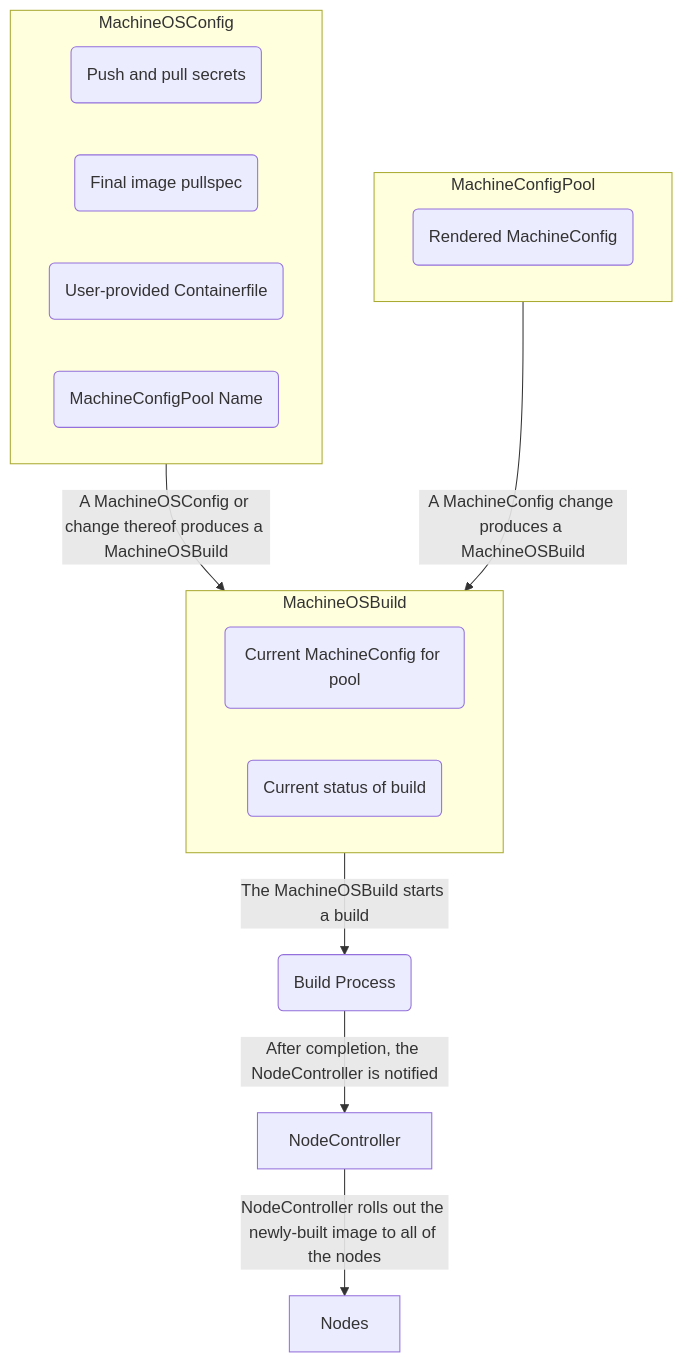
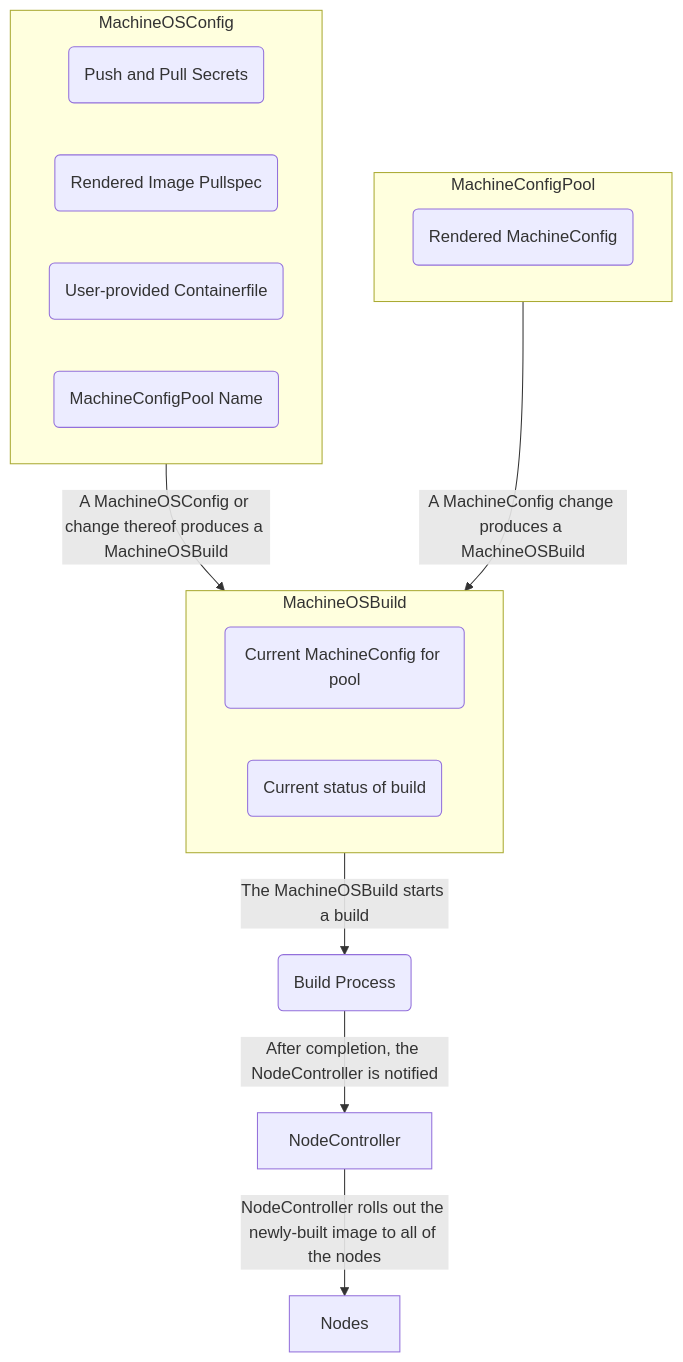
One commit to openshift/enhancements changed the first of 5 diagrams in enhancements/machine-config/on-cluster-layering.md. Above: the diagram before and after it, drawn with Mermaid. The commit also changed other lines of this file, not shown here.

````diff
--- a/enhancements/machine-config/on-cluster-layering.md
+++ b/enhancements/machine-config/on-cluster-layering.md
@@ -220,25 +225,25 @@
 ```mermaid
 flowchart TB
     subgraph MachineOSConfig [MachineOSConfig]
-        Secrets("Push and pull secrets")
-        FinalImagePullspec("Final image pullspec")
+        Secrets("Push and Pull Secrets")
+        RenderedImagePushSpec("Rendered Image Pullspec")
         Containerfile("User-provided Containerfile")
         MCPName("MachineConfigPool Name")
     end
     
     subgraph MachineConfigPool [MachineConfigPool]
         RenderedMachineConfig("Rendered MachineConfig")
     end
     
     subgraph MachineOSBuild [MachineOSBuild]
         MCPName("MachineConfigPool Name")
         CurrentConfig("Current MachineConfig for pool")
         Status("Current status of build")
     end
        
     MachineOSConfig-->|A MachineOSConfig or change thereof produces a MachineOSBuild|MachineOSBuild
     MachineConfigPool-->|A MachineConfig change produces a MachineOSBuild|MachineOSBuild
     MachineOSBuild-->|The MachineOSBuild starts a build|BuildProcess
     BuildProcess("Build Process")-->|After completion, the NodeController is notified|NodeController
     NodeController-->|NodeController rolls out the newly-built image to all of the nodes|Nodes
 ```
````
